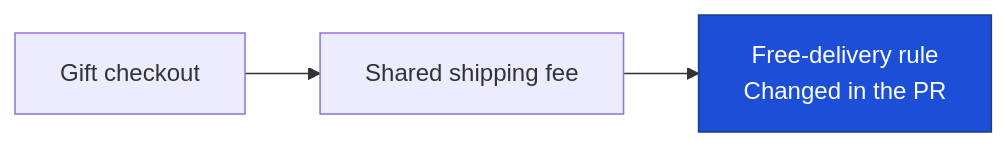
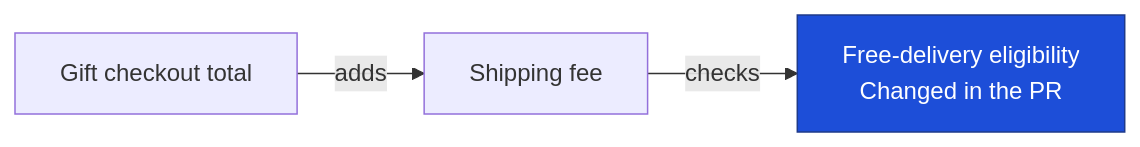
The diagram in README.md (alpercandemir/undertow), drawn with Mermaid before and after one commit. The commit also changed other lines of this file, not shown here.

````diff
--- a/README.md
+++ b/README.md
@@ -25,7 +32,7 @@
 ```mermaid
 flowchart LR
-    Gift["Gift checkout"] --> Fee["Shared shipping fee"]
-    Fee --> Rule["Free-delivery rule<br/>Changed in the PR"]
+    Gift["Gift checkout total"] -->|adds| Fee["Shipping fee"]
+    Fee -->|checks| Rule["Free-delivery eligibility<br/>Changed in the PR"]
     classDef changed fill:#1d4ed8,color:#fff,stroke:#1e3a8a
     class Rule changed
 ```
````
